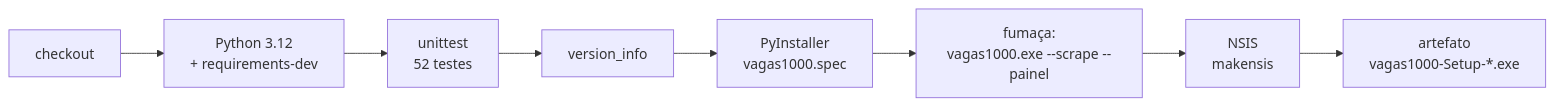
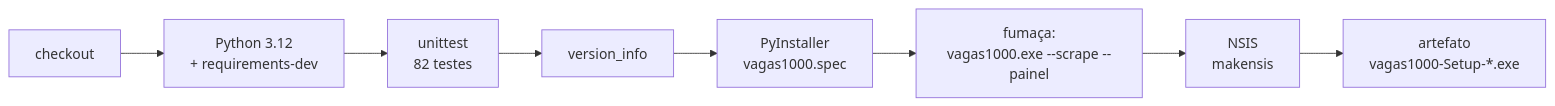
Before and after one commit to nataliatobiasdev/vagas-1000: the first of 2 diagrams in docs/qualidade/ci.md, drawn with Mermaid. The commit also changed 32 other files, not shown here.

First line of the commit message:
vagas1000 1.1.0: banco de vagas completo, painel com cards e pagina da vaga, painel no app e importador

````diff
--- a/docs/qualidade/ci.md
+++ b/docs/qualidade/ci.md
@@ -15,4 +15,4 @@
 ```mermaid
 flowchart LR
-  A[checkout] --> B["Python 3.12<br/>+ requirements-dev"] --> C["unittest<br/>52 testes"] --> D[version_info] --> E["PyInstaller<br/>vagas1000.spec"] --> F["fumaça:<br/>vagas1000.exe --scrape --painel"] --> G["NSIS<br/>makensis"] --> H["artefato<br/>vagas1000-Setup-*.exe"]
+  A[checkout] --> B["Python 3.12<br/>+ requirements-dev"] --> C["unittest<br/>82 testes"] --> D[version_info] --> E["PyInstaller<br/>vagas1000.spec"] --> F["fumaça:<br/>vagas1000.exe --scrape --painel"] --> G["NSIS<br/>makensis"] --> H["artefato<br/>vagas1000-Setup-*.exe"]
 ```
````
